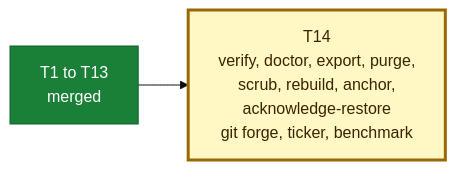
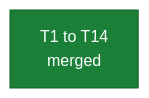
Before and after one commit to crenshawdev/baley: the second of 2 diagrams in docs/roadmap.md, drawn with Mermaid (base theme). The commit also changed other lines of this file, not shown here.

Commit message:
docs(roadmap): mark build 1 done and build 2 next
T14 merged in #142, so every Build 1 task is in and Build 2 is the next build to start.

````diff
--- a/docs/roadmap.md
+++ b/docs/roadmap.md
@@ -60,14 +60,8 @@
 ```mermaid
 flowchart LR
-    T1["T1 to T13<br/>merged"]
-    T14["T14<br/>verify, doctor, export, purge,<br/>scrub, rebuild, anchor,<br/>acknowledge-restore<br/>git forge, ticker, benchmark"]
-
-    T1 --> T14
+    T1["T1 to T14<br/>merged"]
 
     classDef done fill:#1a7f37,stroke:#116329,color:#ffffff
-    classDef next fill:#fff8c5,stroke:#9a6700,stroke-width:3px,color:#3b2300
-    classDef planned fill:#eaeef2,stroke:#6e7781,color:#24292f
 
     class T1 done
-    class T14 next
 ```
````
